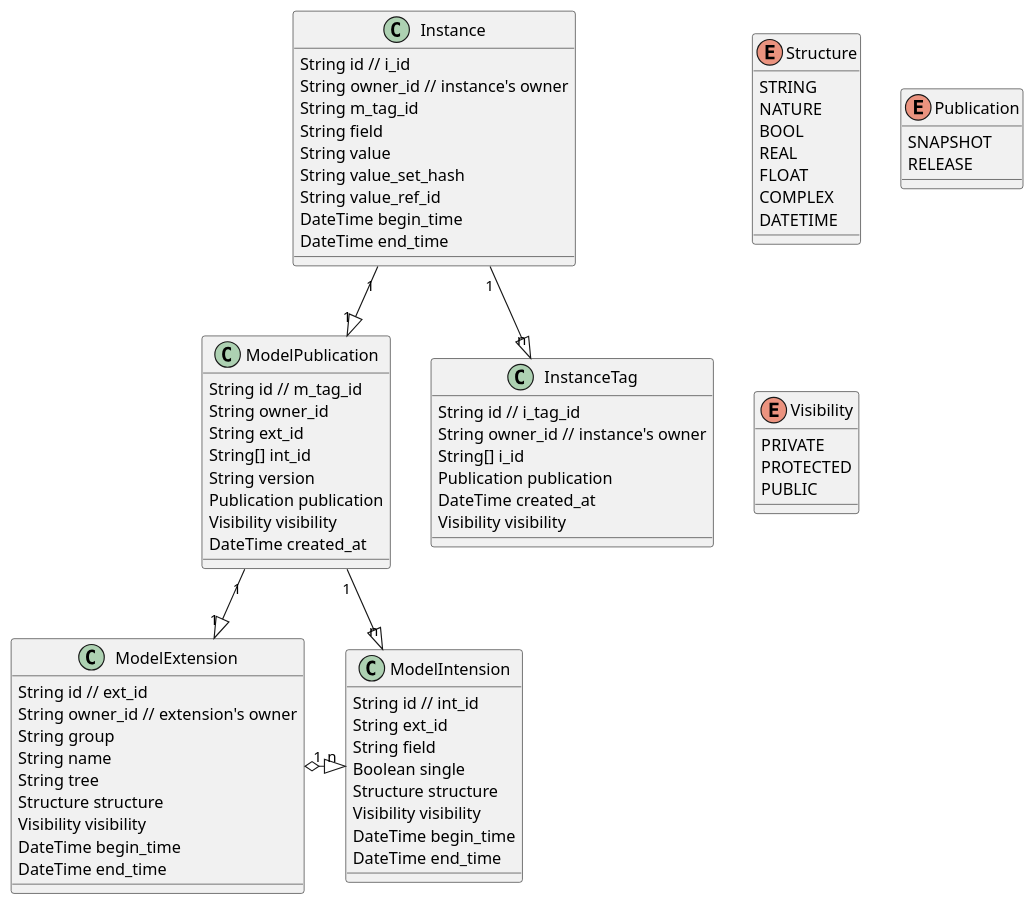
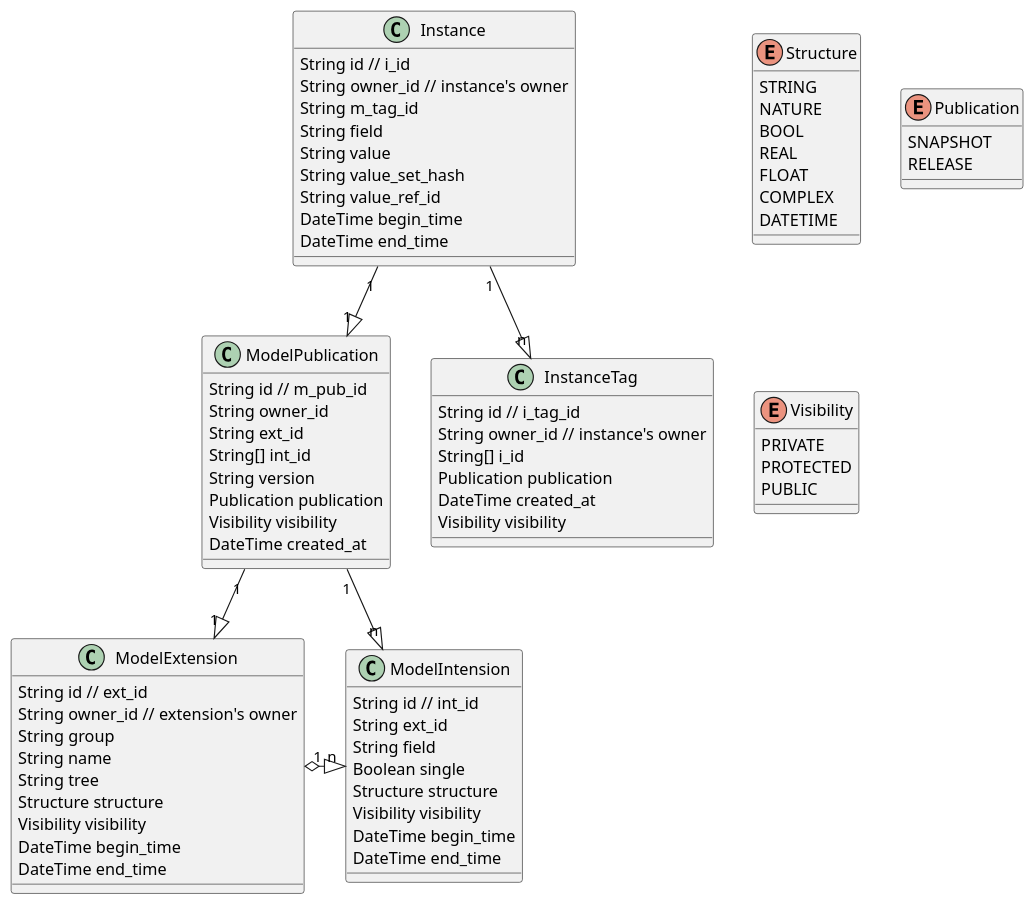
Before and after one commit to SINeWang/kiimate: the diagram in metamate.puml, drawn with PlantUML. The commit also changed 8 other files, not shown here.

```diff
--- a/metamate.puml
+++ b/metamate.puml
@@ -1,90 +1,90 @@
 @startuml
 
 
 ModelPublication "1" --|>  "1" ModelExtension
 ModelPublication "1" --|>  "n" ModelIntension
 
 Instance "1" --|>  "1" ModelPublication
 
 Instance "1" --|>  "n" InstanceTag
 
 
 ModelExtension "1" o--right--|> "n" ModelIntension
 
 class ModelExtension {
     String id // ext_id
     String owner_id // extension's owner
     String group
     String name
     String tree
     Structure structure
     Visibility visibility
     DateTime begin_time
     DateTime end_time
 }
 
 class ModelIntension {
     String id // int_id
     String ext_id
     String field
     Boolean single
     Structure structure
     Visibility visibility
     DateTime begin_time
     DateTime end_time
 }
 
 class ModelPublication {
-    String id // m_tag_id
+    String id // m_pub_id
     String owner_id
     String ext_id
     String[] int_id
     String version
     Publication publication
     Visibility visibility
     DateTime created_at
 }
 
 enum Structure {
     STRING
     NATURE
     BOOL
     REAL
     FLOAT
     COMPLEX
     DATETIME
 }
 
 enum Publication {
     SNAPSHOT
     RELEASE
 }
 
 enum Visibility {
     PRIVATE
     PROTECTED
     PUBLIC
 }
 
 class Instance {
     String id // i_id
     String owner_id // instance's owner
     String m_tag_id
     String field
     String value
     String value_set_hash
     String value_ref_id
     DateTime begin_time
     DateTime end_time
 }
 
 class InstanceTag {
     String id // i_tag_id
     String owner_id // instance's owner
     String[] i_id
     Publication publication
     DateTime created_at
     Visibility visibility
 }
 
 @enduml
```
